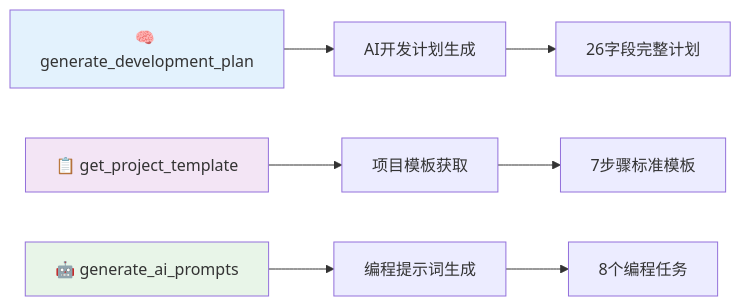
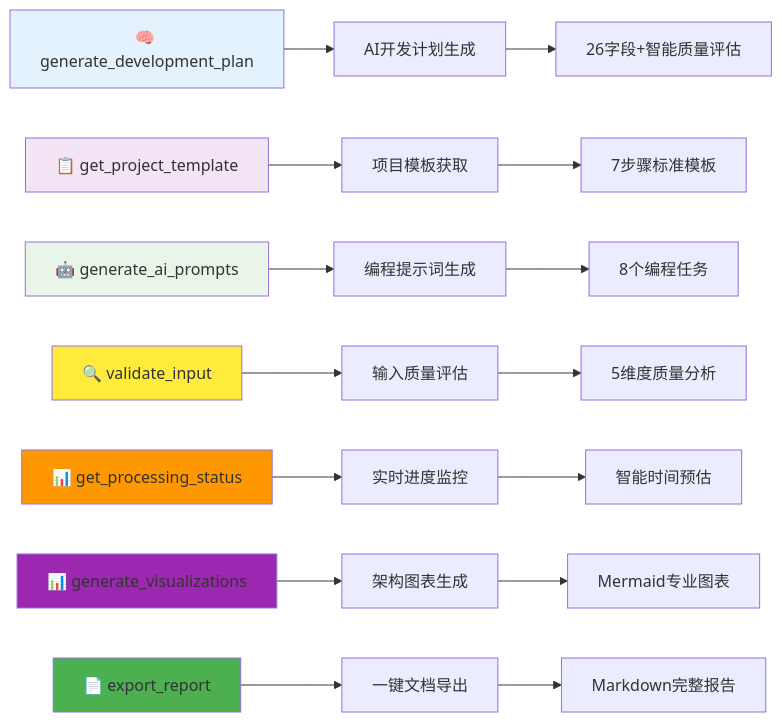
One commit to JasonRobertDestiny/VibeDocs changed the first of 3 diagrams in README.md. Above: the diagram before and after it, drawn with Mermaid. The commit also changed other lines of this file and 58 other files, not shown here.

````diff
--- a/README.md
+++ b/README.md
@@ -92,14 +100,26 @@
 ```mermaid
 graph LR
     A[🧠 generate_development_plan] --> D[AI开发计划生成]
     B[📋 get_project_template] --> E[项目模板获取]
     C[🤖 generate_ai_prompts] --> F[编程提示词生成]
+    G[🔍 validate_input] --> H[输入质量评估]
+    I[📊 get_processing_status] --> J[实时进度监控]
+    K[📊 generate_visualizations] --> L[架构图表生成]
+    M[📄 export_report] --> N[一键文档导出]
     
-    D --> G[26字段完整计划]
-    E --> H[7步骤标准模板]
-    F --> I[8个编程任务]
+    D --> O[26字段+智能质量评估]
+    E --> P[7步骤标准模板]
+    F --> Q[8个编程任务]
+    H --> R[5维度质量分析]
+    J --> S[智能时间预估]
+    L --> T[Mermaid专业图表]
+    N --> U[Markdown完整报告]
     
     style A fill:#e3f2fd
     style B fill:#f3e5f5
     style C fill:#e8f5e8
+    style G fill:#ffeb3b
+    style I fill:#ff9800
+    style K fill:#9c27b0
+    style M fill:#4caf50
 ```
````
